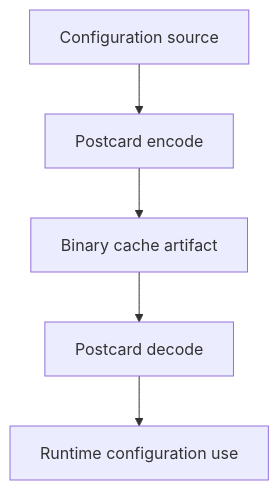
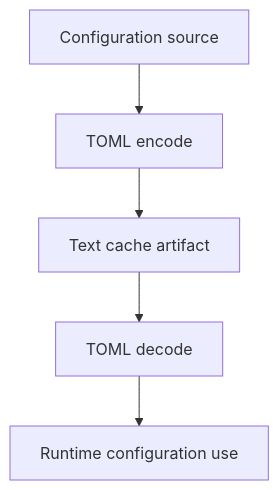
The diagram in documentation/CACHE.md (tsfarizi/antikythera-mcp-framework), drawn with Mermaid before and after one commit. The commit also changed other lines of this file and 40 other files, not shown here.

First line of the commit message:
Refactor configuration handling to use TOML format instead of Postcard

````diff
--- a/documentation/CACHE.md
+++ b/documentation/CACHE.md
@@ -7,7 +7,7 @@
 ```mermaid
 flowchart TD
-    Source[Configuration source] --> Encode[Postcard encode]
-    Encode --> File[Binary cache artifact]
-    File --> Decode[Postcard decode]
+    Source[Configuration source] --> Encode[TOML encode]
+    Encode --> File[Text cache artifact]
+    File --> Decode[TOML decode]
     Decode --> Runtime[Runtime configuration use]
 ```
````
